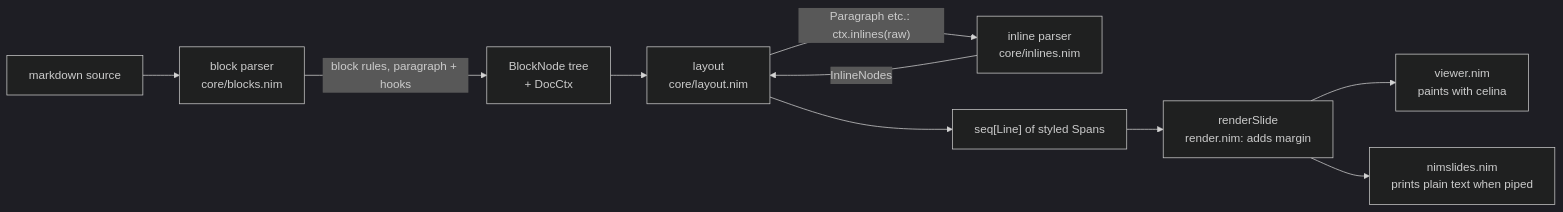
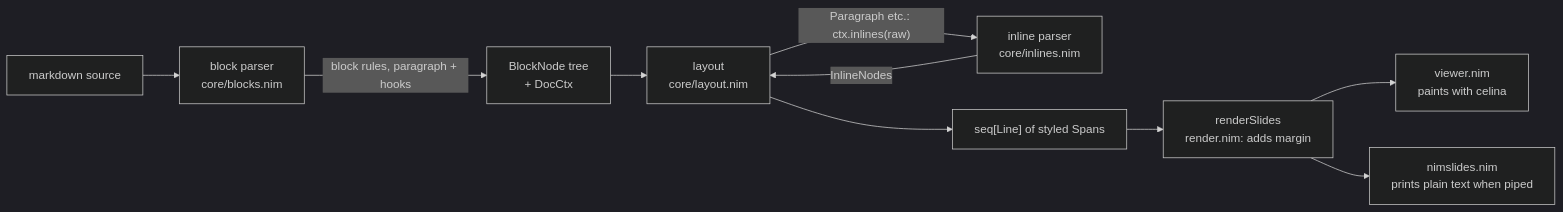
One commit to vinpogo/nimslides changed the diagram in docs/architecture.md. Above: the diagram before and after it, drawn with Mermaid (dark theme). The commit also changed other lines of this file and 14 other files, not shown here.

````diff
--- a/docs/architecture.md
+++ b/docs/architecture.md
@@ -8,12 +8,12 @@
 ```mermaid
 flowchart LR
   src[markdown source] --> bp[block parser<br>core/blocks.nim]
   bp -->|block rules, paragraph + hooks| tree[BlockNode tree<br>+ DocCtx]
   tree --> lay[layout<br>core/layout.nim]
   lay -->|"Paragraph etc.: ctx.inlines(raw)"| ip[inline parser<br>core/inlines.nim]
   ip -->|InlineNodes| lay
   lay --> lines["seq[Line] of styled Spans"]
-  lines --> rs[renderSlide<br>render.nim: adds margin]
+  lines --> rs[renderSlides<br>render.nim: adds margin]
   rs --> viewer[viewer.nim<br>paints with celina]
   rs --> pipe[nimslides.nim<br>prints plain text when piped]
 ```
````
